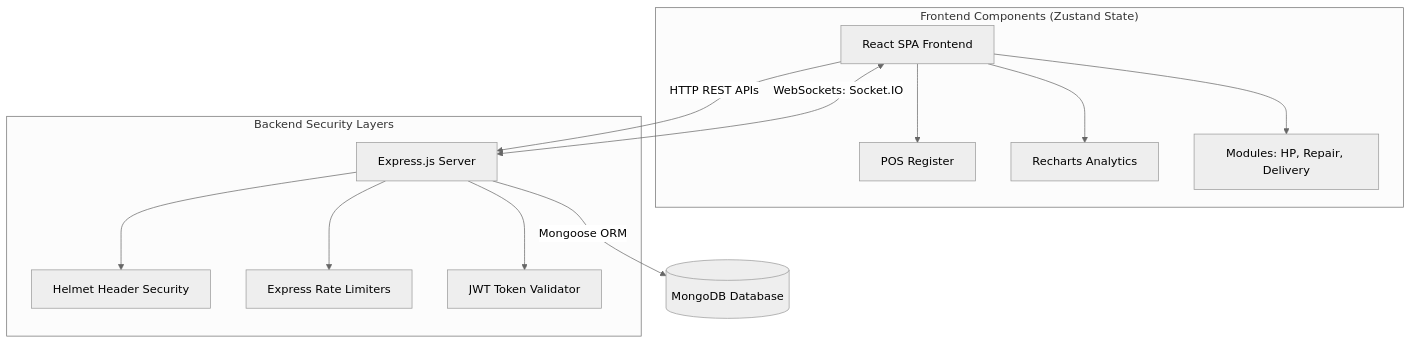
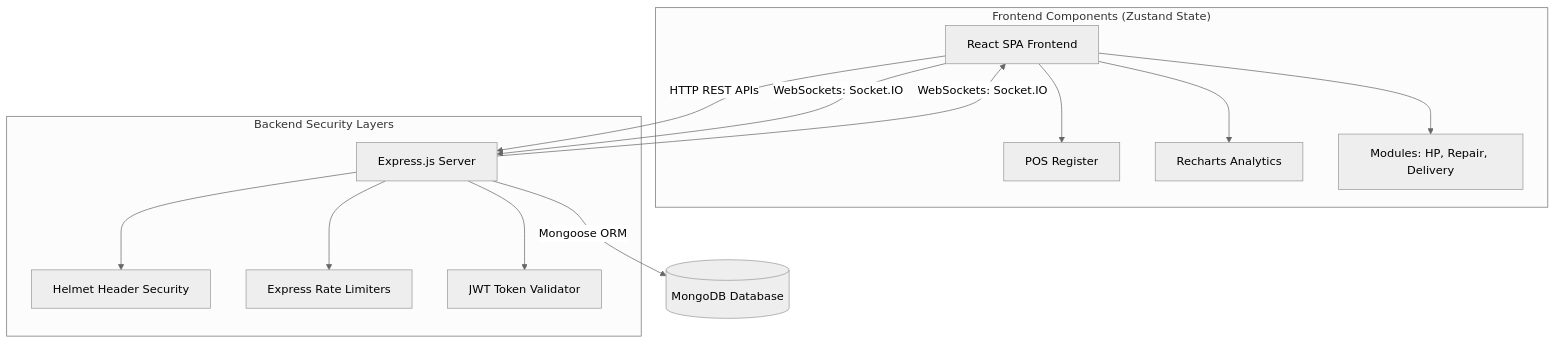
Before and after one commit to Ntharusha/ApexPOS: the first of 2 diagrams in README.md, drawn with Mermaid (neutral theme).

Commit message:
fix: Replace invalid Mermaid flowchart arrow <--> with bidirectional layout

````diff
--- a/README.md
+++ b/README.md
@@ -13,18 +13,19 @@
 ```mermaid
 graph TD
     Client[React SPA Frontend] -->|HTTP REST APIs| Express[Express.js Server]
-    Client <-->|WebSockets: Socket.IO| Express
+    Client -->|WebSockets: Socket.IO| Express
+    Express -->|WebSockets: Socket.IO| Client
     Express -->|Mongoose ORM| Mongo[(MongoDB Database)]
     
     subgraph "Frontend Components (Zustand State)"
         Client --> POS[POS Register]
         Client --> Analytics[Recharts Analytics]
         Client --> Modules[Modules: HP, Repair, Delivery]
     end
     
     subgraph "Backend Security Layers"
         Express --> Helmet[Helmet Header Security]
         Express --> RateLimit[Express Rate Limiters]
         Express --> Auth[JWT Token Validator]
     end
 ```
````
